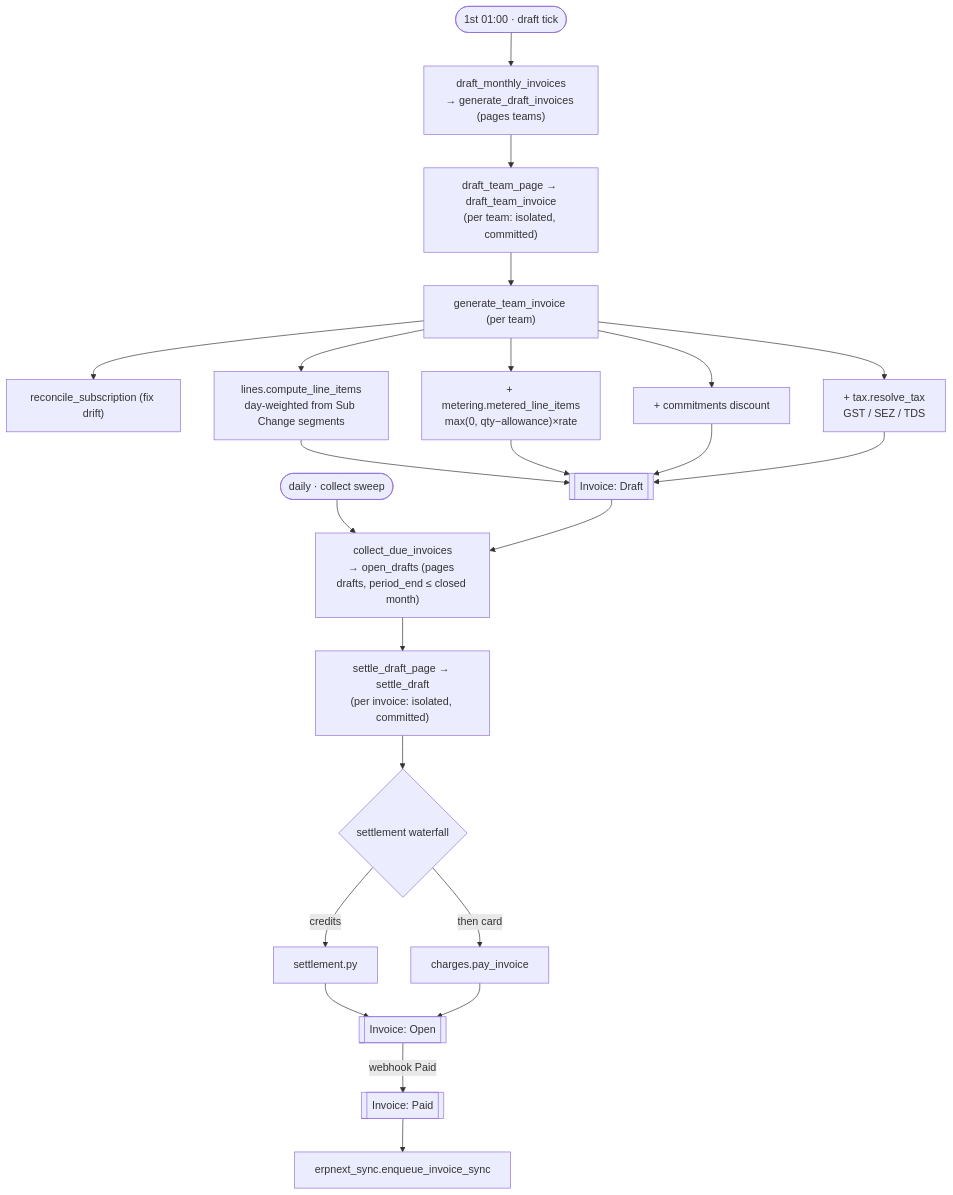
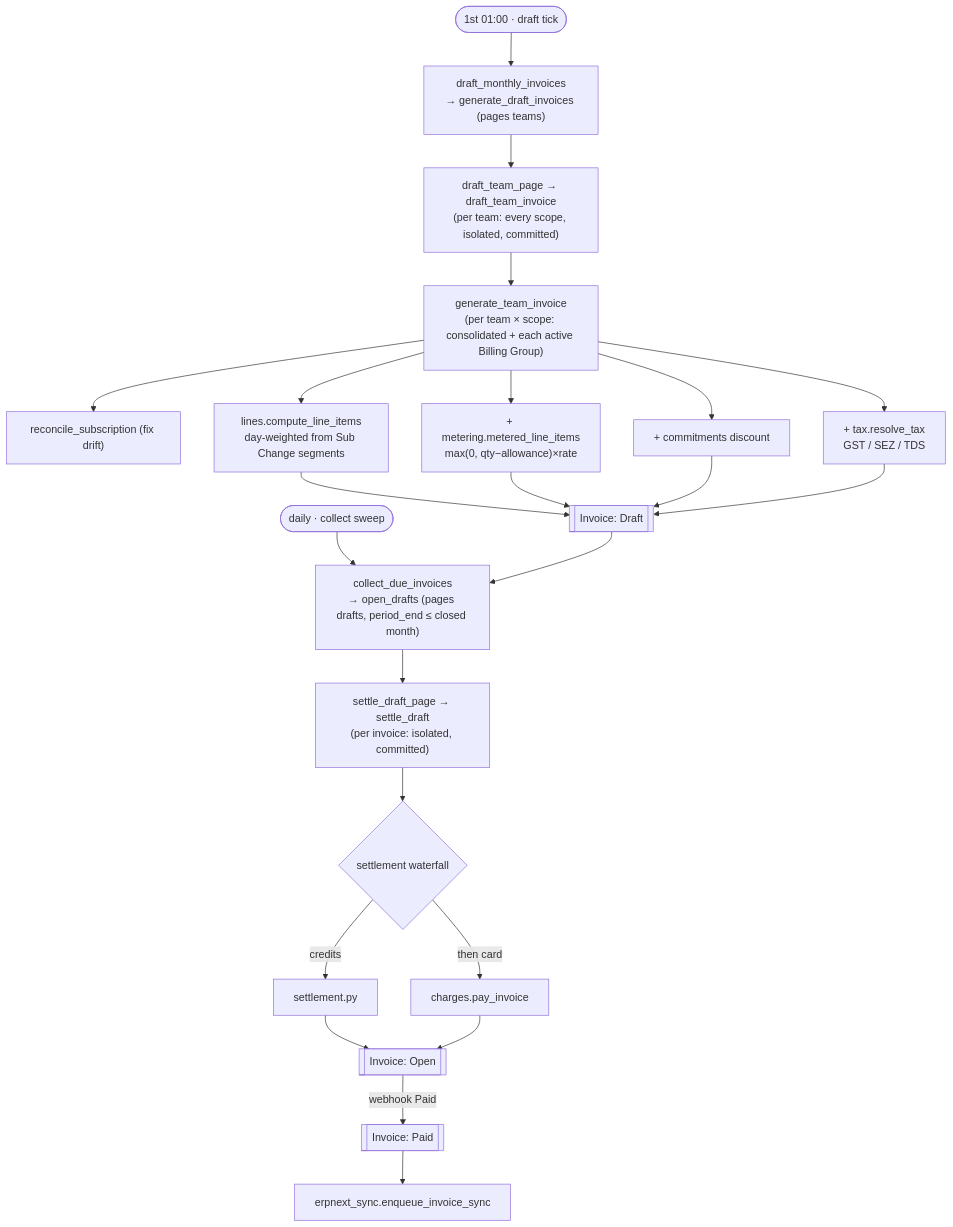
The fifth of 8 diagrams in central/billing/ARCHITECTURE.md (frappe/central), drawn with Mermaid before and after one commit. The commit also changed other lines of this file, not shown here.

Commit message:
docs(billing): document Billing Group in ARCHITECTURE.md

````diff
--- a/central/billing/ARCHITECTURE.md
+++ b/central/billing/ARCHITECTURE.md
@@ -349,22 +415,22 @@
 ```mermaid
 flowchart TD
     DRAFTTICK(["1st 01:00 · draft tick"]) --> GDI["draft_monthly_invoices<br/>→ generate_draft_invoices (pages teams)"]
-    GDI --> DTI["draft_team_page → draft_team_invoice<br/>(per team: isolated, committed)"]
-    DTI --> GTI["generate_team_invoice (per team)"]
+    GDI --> DTI["draft_team_page → draft_team_invoice<br/>(per team: every scope, isolated, committed)"]
+    DTI --> GTI["generate_team_invoice<br/>(per team × scope: consolidated + each active Billing Group)"]
     GTI --> RS["reconcile_subscription (fix drift)"]
     GTI --> LINES["lines.compute_line_items<br/>day-weighted from Sub Change segments"]
     GTI --> MET["+ metering.metered_line_items<br/>max(0, qty−allowance)×rate"]
     GTI --> DISC["+ commitments discount"]
     GTI --> TAX["+ tax.resolve_tax<br/>GST / SEZ / TDS"]
     LINES & MET & DISC & TAX --> DRAFT[["Invoice: Draft"]]
 
     COLLECTTICK(["daily · collect sweep"]) --> OD["collect_due_invoices<br/>→ open_drafts (pages drafts, period_end ≤ closed month)"]
     DRAFT --> OD
     OD --> OAC["settle_draft_page → settle_draft<br/>(per invoice: isolated, committed)"]
     OAC --> WF{"settlement waterfall"}
     WF -->|credits| CR["settlement.py"]
     WF -->|then card| CARD["charges.pay_invoice"]
     CR & CARD --> OPEN[["Invoice: Open"]]
     OPEN -->|webhook Paid| PAID[["Invoice: Paid"]]
     PAID --> SYNC["erpnext_sync.enqueue_invoice_sync"]
 ```
````
